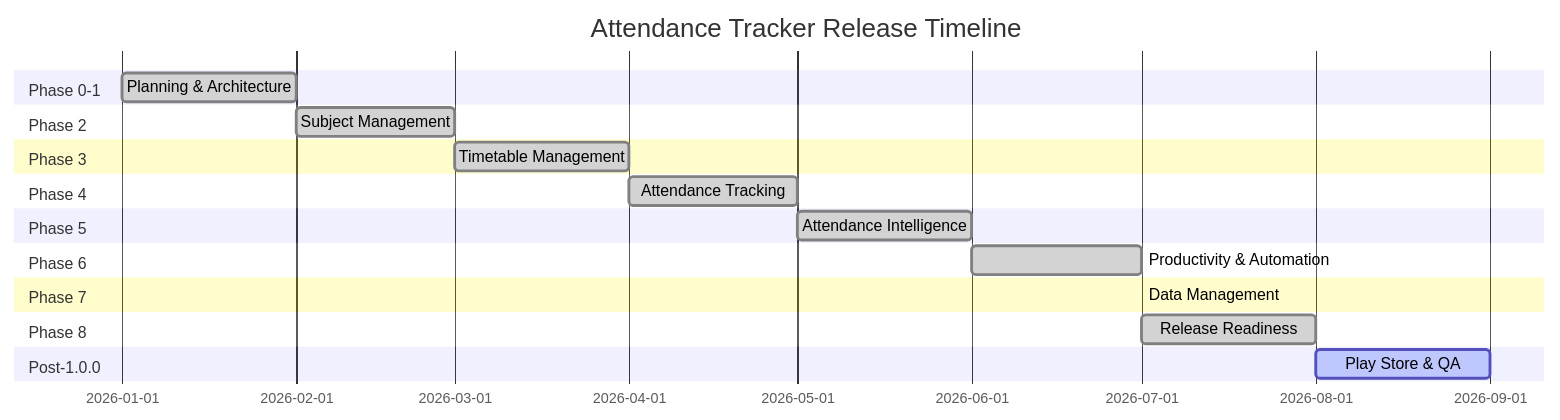
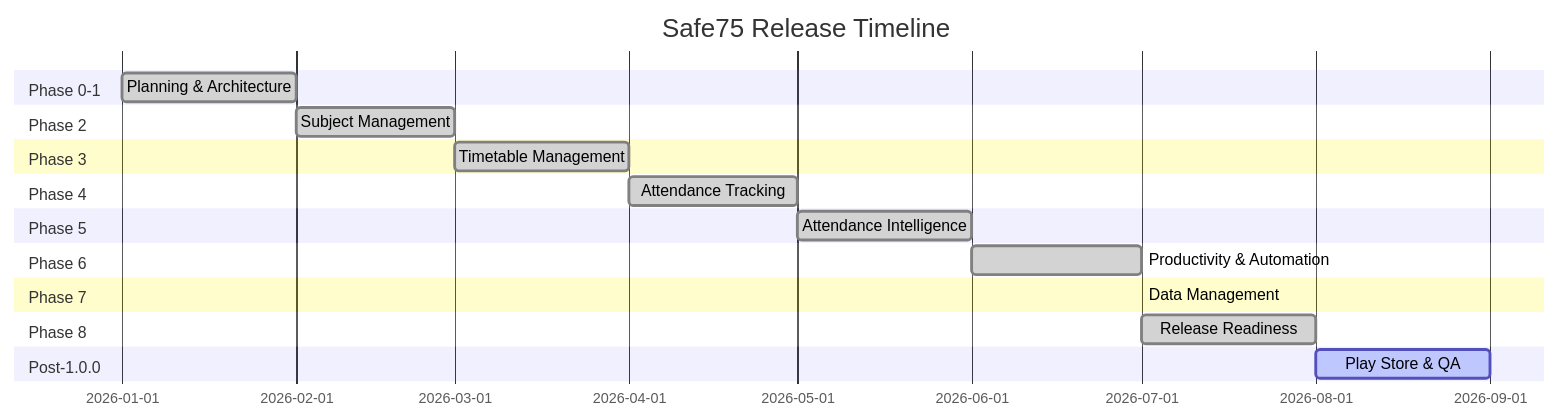
One commit to anubhab-royy/Safe75 changed the diagram in docs/Roadmap.md. Above: the diagram before and after it, drawn with Mermaid. The commit also changed other lines of this file and 54 other files, not shown here.

Commit message:
chore(release): finalize Safe75 branding and prepare v1.0.0 release

````diff
--- a/docs/Roadmap.md
+++ b/docs/Roadmap.md
@@ -9,23 +9,23 @@
 ```mermaid
 gantt
-    title Attendance Tracker Release Timeline
+    title Safe75 Release Timeline
     dateFormat  YYYY-MM
     section Phase 0-1
     Planning & Architecture   :done, p0, 2026-01, 2026-02
     section Phase 2
     Subject Management        :done, p2, 2026-02, 2026-03
     section Phase 3
     Timetable Management      :done, p3, 2026-03, 2026-04
     section Phase 4
     Attendance Tracking       :done, p4, 2026-04, 2026-05
     section Phase 5
     Attendance Intelligence   :done, p5, 2026-05, 2026-06
     section Phase 6
     Productivity & Automation :done, p6, 2026-06, 2026-07
     section Phase 7
     Data Management           :done, p7, 2026-07, 2026-07
     section Phase 8
     Release Readiness         :done, p8, 2026-07, 2026-08
     section Post-1.0.0
     Play Store & QA           :active, p9, 2026-08, 2026-09
 ```
````
